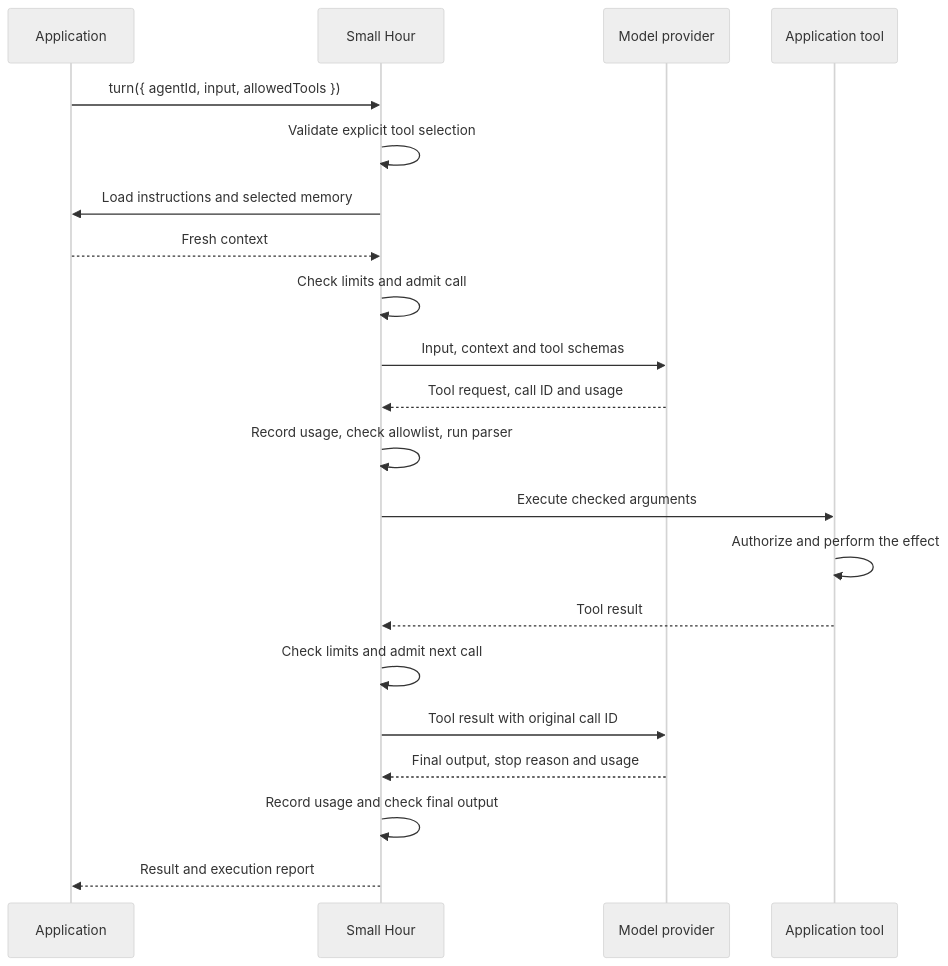
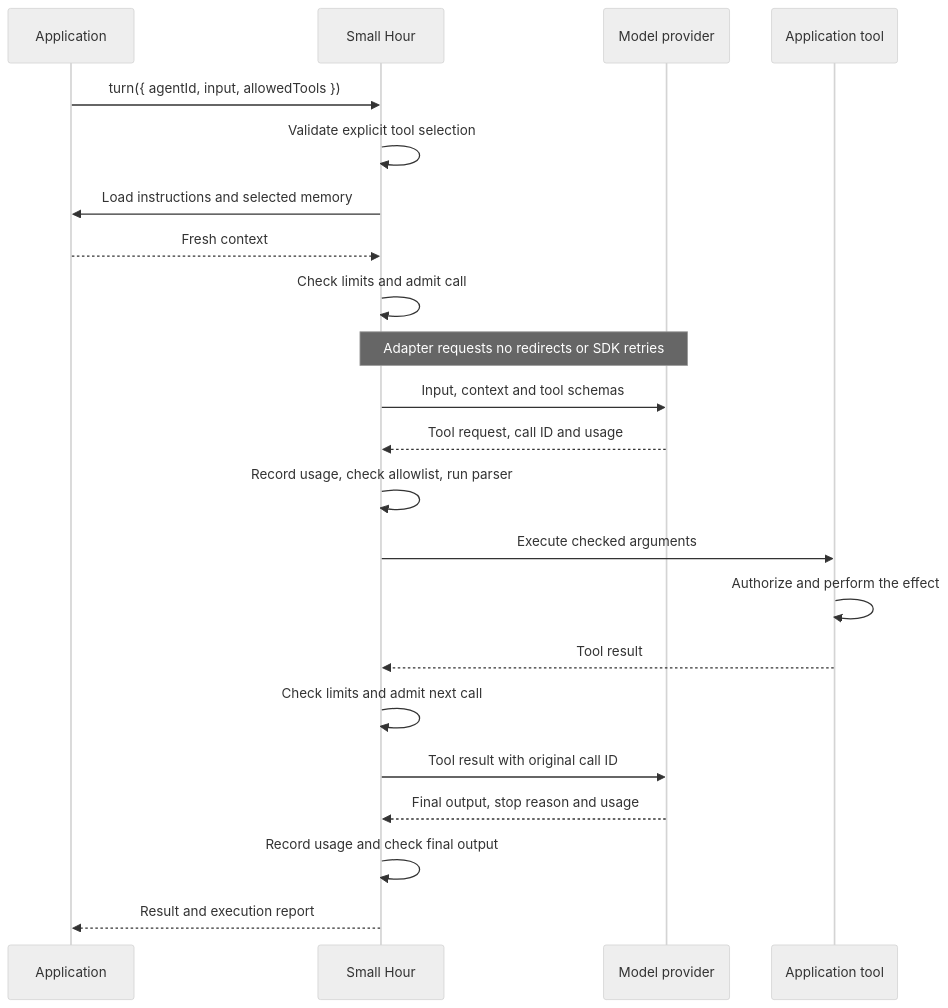
The first of 2 diagrams in docs/runtime.md (jingyufanclub/small-hour), drawn with Mermaid (neutral theme) before and after one commit. The commit also changed other lines of this file and 8 other files, not shown here.

````diff
--- a/docs/runtime.md
+++ b/docs/runtime.md
@@ -17,25 +17,26 @@
 ```mermaid
 sequenceDiagram
     accTitle: One turn with a tool call
-    accDescr: The application supplies input and an explicit tool selection. Small Hour validates that selection before loading fresh context, admits each model call and runs the required local tool parser before execution. The application tool authorizes its effect. Small Hour returns the result with its original call ID, then checks the final output.
+    accDescr: The application supplies input and an explicit tool selection. Small Hour validates that selection before loading fresh context, admits each model call, requests redirect rejection and disables SDK retries. It runs the required local tool parser before execution. The application tool authorizes its effect. Small Hour returns the result with its original call ID, then checks the final output.
     participant app as Application
     participant runtime as Small Hour
     participant provider as Model provider
     participant tool as Application tool
     app->>runtime: turn({ agentId, input, allowedTools })
     runtime->>runtime: Validate explicit tool selection
     runtime->>app: Load instructions and selected memory
     app-->>runtime: Fresh context
     runtime->>runtime: Check limits and admit call
+    Note over runtime,provider: Adapter requests no redirects or SDK retries
     runtime->>provider: Input, context and tool schemas
     provider-->>runtime: Tool request, call ID and usage
     runtime->>runtime: Record usage, check allowlist, run parser
     runtime->>tool: Execute checked arguments
     tool->>tool: Authorize and perform the effect
     tool-->>runtime: Tool result
     runtime->>runtime: Check limits and admit next call
     runtime->>provider: Tool result with original call ID
     provider-->>runtime: Final output, stop reason and usage
     runtime->>runtime: Record usage and check final output
     runtime-->>app: Result and execution report
 ```
````
